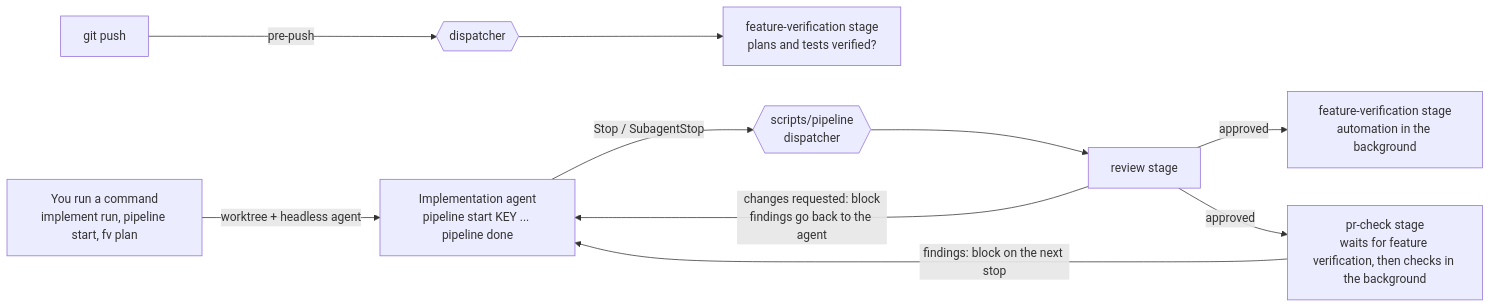
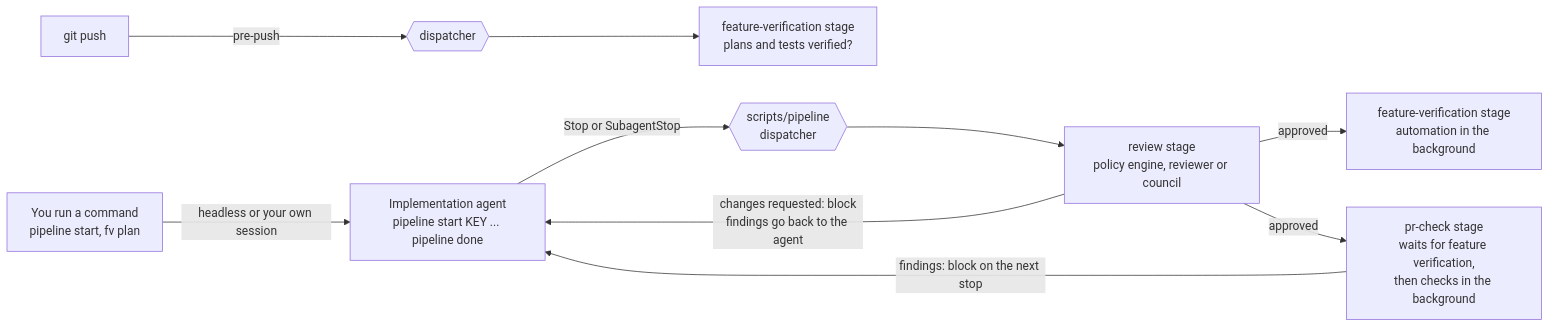
Before and after one commit to armandodollia-slalom/ai-app-factory-public: the fifth of 7 diagrams in docs/ai-pipeline/README.md, drawn with Mermaid. The commit also changed other lines of this file and 157 other files, not shown here.

````diff
--- a/docs/ai-pipeline/README.md
+++ b/docs/ai-pipeline/README.md
@@ -45,11 +235,11 @@
 ```mermaid
 flowchart LR
-  C[You run a command<br/>implement run, pipeline start, fv plan] -->|worktree + headless agent| I
-  I[Implementation agent<br/>pipeline start KEY ... pipeline done] -->|Stop / SubagentStop| D{{scripts/pipeline<br/>dispatcher}}
-  D --> R[review stage]
-  R -->|changes requested: block<br/>findings go back to the agent| I
-  R -->|approved| Q[feature-verification stage<br/>automation in the background]
-  R -->|approved| PC[pr-check stage<br/>waits for feature verification, then checks in the background]
-  PC -->|findings: block on the next stop| I
-  P[git push] -->|pre-push| D3{{dispatcher}} --> QC[feature-verification stage<br/>plans and tests verified?]
+  C["You run a command<br/>pipeline start, fv plan"] -->|"headless or your own session"| I
+  I["Implementation agent<br/>pipeline start KEY ... pipeline done"] -->|"Stop or SubagentStop"| D{{"scripts/pipeline<br/>dispatcher"}}
+  D --> R["review stage<br/>policy engine, reviewer or council"]
+  R -->|"changes requested: block<br/>findings go back to the agent"| I
+  R -->|"approved"| Q["feature-verification stage<br/>automation in the background"]
+  R -->|"approved"| PC["pr-check stage<br/>waits for feature verification,<br/>then checks in the background"]
+  PC -->|"findings: block on the next stop"| I
+  P["git push"] -->|"pre-push"| D3{{"dispatcher"}} --> QC["feature-verification stage<br/>plans and tests verified?"]
 ```
````
